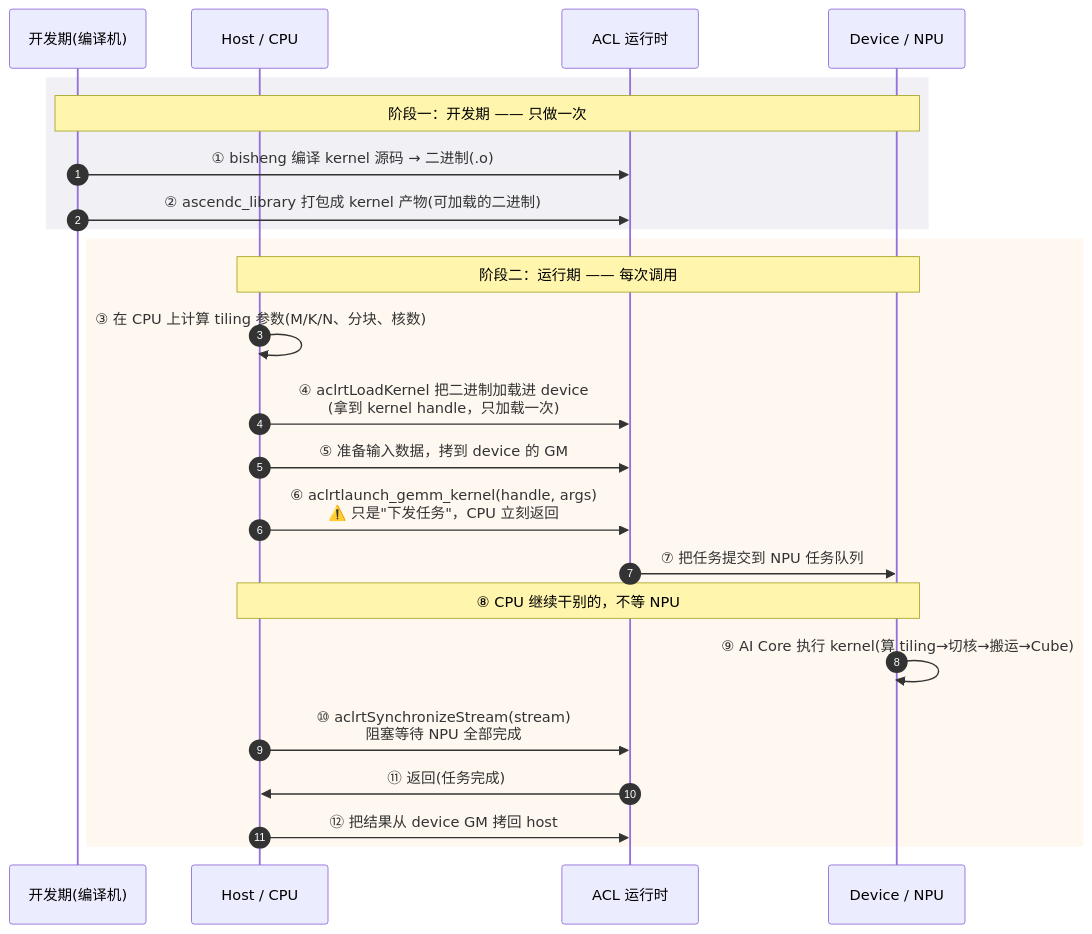
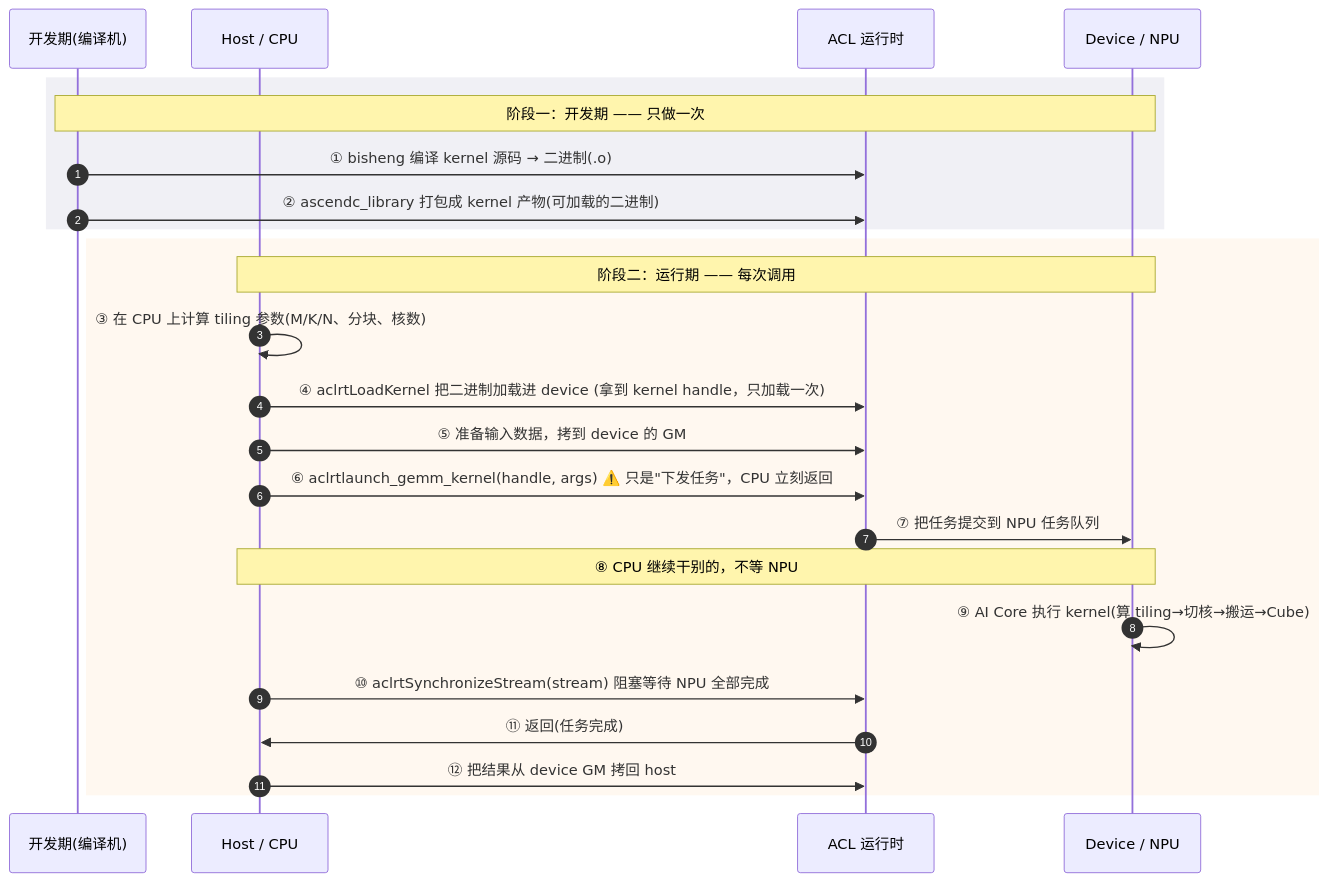
The third of 3 diagrams in docs/pages/reference/context.mdx (SuccinctPaul/Ascend-Notes), drawn with Mermaid before and after one commit. The commit also changed other lines of this file and 8 other files, not shown here.

````diff
--- a/docs/pages/reference/context.mdx
+++ b/docs/pages/reference/context.mdx
@@ -157,28 +157,28 @@
 ```mermaid
 sequenceDiagram
     autonumber
     participant Dev as 开发期(编译机)
     participant Host as Host / CPU
     participant ACL as ACL 运行时
     participant Dev2 as Device / NPU
 
     rect rgb(240,240,245)
     Note over Dev,Dev2: 阶段一：开发期 —— 只做一次
     Dev->>ACL: ① bisheng 编译 kernel 源码 → 二进制(.o)
     Dev->>ACL: ② ascendc_library 打包成 kernel 产物(可加载的二进制)
     end
 
     rect rgb(255,248,240)
     Note over Host,Dev2: 阶段二：运行期 —— 每次调用
     Host->>Host: ③ 在 CPU 上计算 tiling 参数(M/K/N、分块、核数)
-    Host->>ACL: ④ aclrtLoadKernel 把二进制加载进 device<br/>(拿到 kernel handle，只加载一次)
+    Host->>ACL: ④ aclrtLoadKernel 把二进制加载进 device (拿到 kernel handle，只加载一次)
     Host->>ACL: ⑤ 准备输入数据，拷到 device 的 GM
-    Host->>ACL: ⑥ aclrtlaunch_gemm_kernel(handle, args)<br/>⚠️ 只是"下发任务"，CPU 立刻返回
+    Host->>ACL: ⑥ aclrtlaunch_gemm_kernel(handle, args) ⚠️ 只是"下发任务"，CPU 立刻返回
     ACL->>Dev2: ⑦ 把任务提交到 NPU 任务队列
     Note over Host,Dev2: ⑧ CPU 继续干别的，不等 NPU
     Dev2->>Dev2: ⑨ AI Core 执行 kernel(算 tiling→切核→搬运→Cube)
-    Host->>ACL: ⑩ aclrtSynchronizeStream(stream)<br/>阻塞等待 NPU 全部完成
+    Host->>ACL: ⑩ aclrtSynchronizeStream(stream) 阻塞等待 NPU 全部完成
     ACL->>Host: ⑪ 返回(任务完成)
     Host->>ACL: ⑫ 把结果从 device GM 拷回 host
     end
 ```
````
